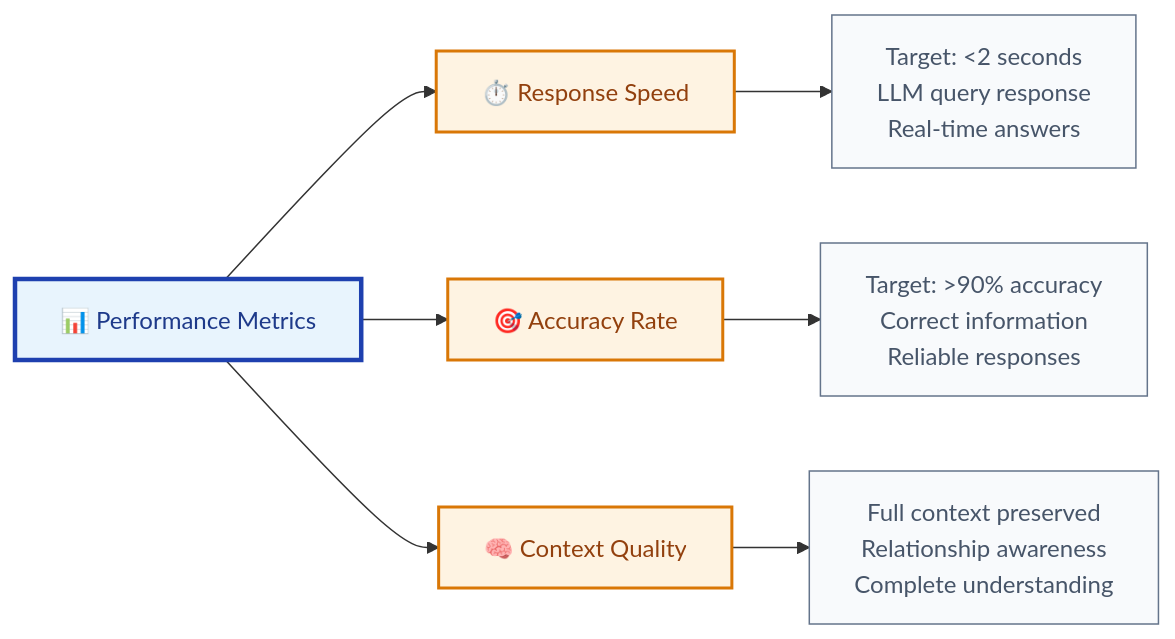
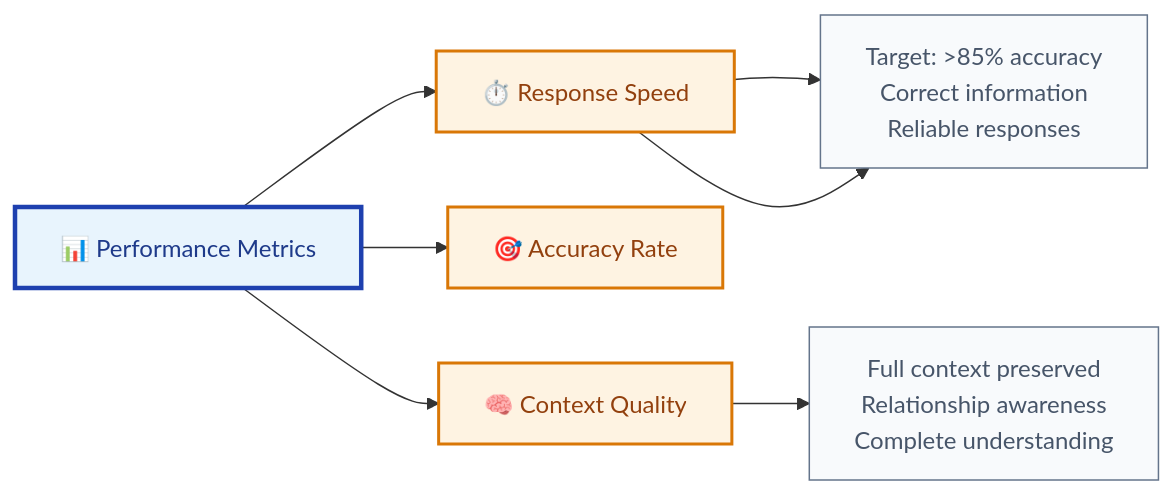
One commit to raphaelmansuy/tutorials changed diagram 20 of 26 in 39-llm-documentation-complete.md. Above: the diagram before and after it, drawn with Mermaid. The commit also changed other lines of this file, not shown here.

````diff
--- a/39-llm-documentation-complete.md
+++ b/39-llm-documentation-complete.md
@@ -1076,21 +1085,21 @@
 ```mermaid
 flowchart LR
     A[📊 Performance Metrics] --> B[⏱️ Response Speed]
     A --> C[🎯 Accuracy Rate]
     A --> D[🧠 Context Quality]
-    
+
     B --> B1[Target: <2 seconds<br/>LLM query response<br/>Real-time answers]
-    
-    C --> C1[Target: >90% accuracy<br/>Correct information<br/>Reliable responses]
-    
+
+    B --> B1[Target: >85% accuracy<br/>Correct information<br/>Reliable responses]
+
     D --> D1[Full context preserved<br/>Relationship awareness<br/>Complete understanding]
-    
+
     classDef metrics fill:#e8f4fd,stroke:#1e40af,stroke-width:3px,color:#1e3a8a
     classDef speed fill:#fef3e2,stroke:#d97706,stroke-width:2px,color:#92400e
     classDef accuracy fill:#f0fdf4,stroke:#16a34a,stroke-width:2px,color:#15803d
     classDef targets fill:#f8fafc,stroke:#64748b,stroke-width:1px,color:#475569
-    
+
     class A metrics
     class B,C,D speed
     class B1,C1,D1 targets
 ```
````
